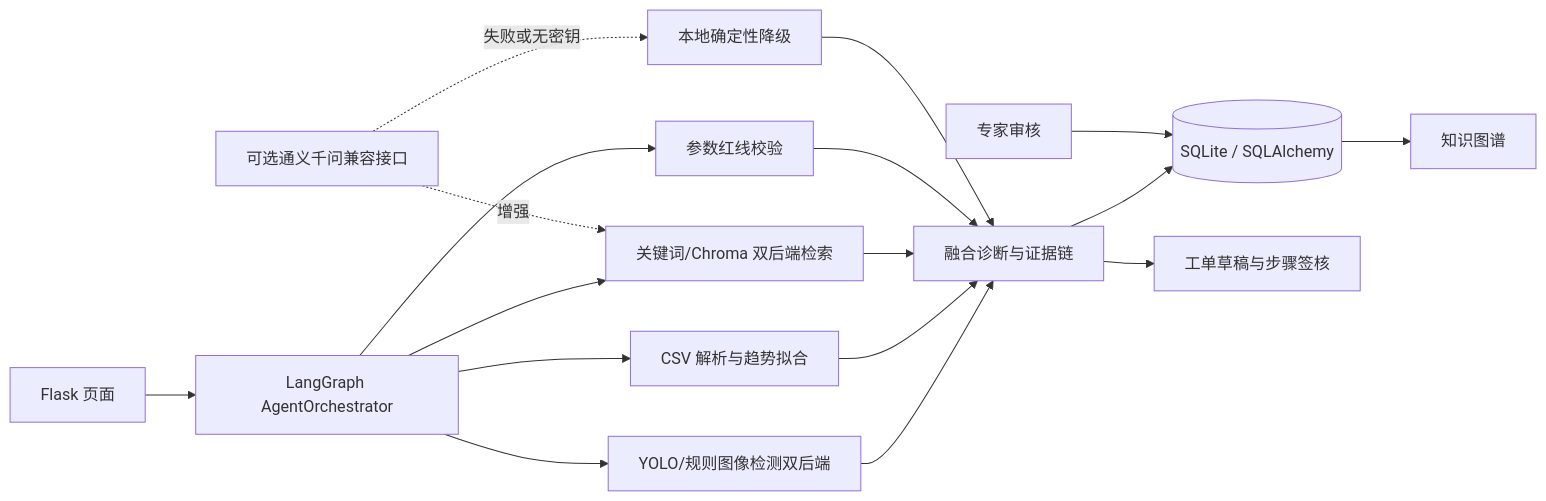
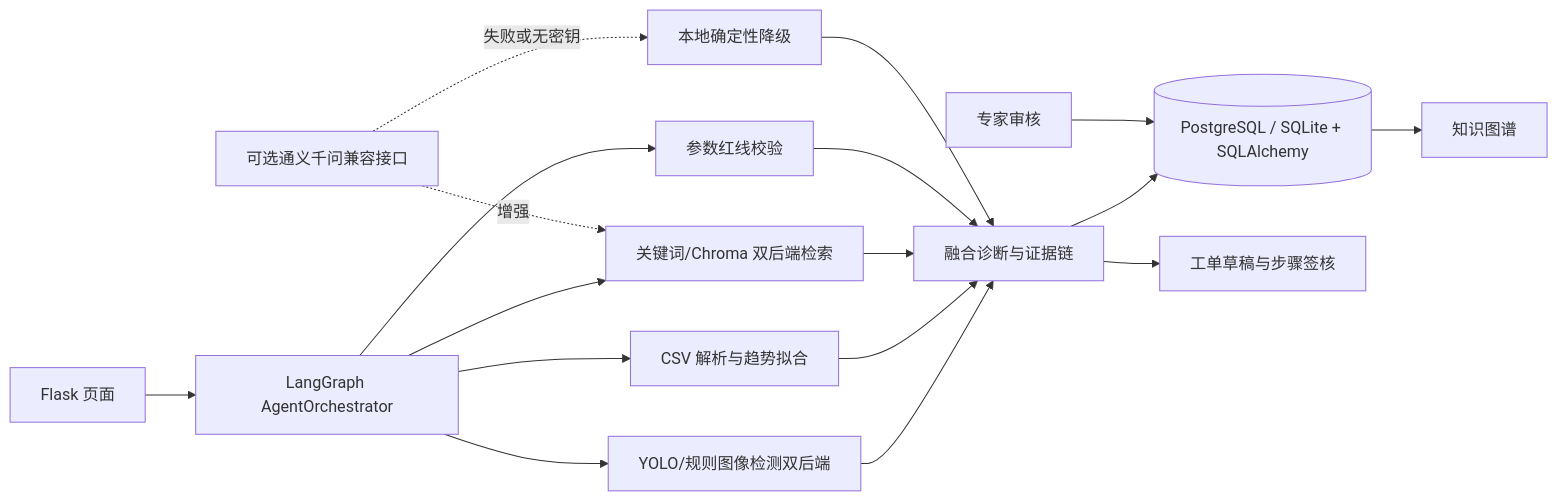
Before and after one commit to zyh-git-tech/zyh: the diagram in docs/architecture.md, drawn with Mermaid. The commit also changed other lines of this file and 10 other files, not shown here.

````diff
--- a/docs/architecture.md
+++ b/docs/architecture.md
@@ -5,19 +5,19 @@
 ```mermaid
 flowchart LR
     UI[Flask 页面] --> Agent[LangGraph AgentOrchestrator]
     Agent --> Image[YOLO/规则图像检测双后端]
     Agent --> Sensor[CSV 解析与趋势拟合]
     Agent --> Retrieve[关键词/Chroma 双后端检索]
     Agent --> Rules[参数红线校验]
     Image --> Fusion[融合诊断与证据链]
     Sensor --> Fusion
     Retrieve --> Fusion
     Rules --> Fusion
-    Fusion --> DB[(SQLite / SQLAlchemy)]
+    Fusion --> DB[(PostgreSQL / SQLite + SQLAlchemy)]
     Fusion --> WorkOrder[工单草稿与步骤签核]
     Audit[专家审核] --> DB
     DB --> Graph[知识图谱]
     LLM[可选通义千问兼容接口] -.增强.-> Retrieve
     LLM -.失败或无密钥.-> Offline[本地确定性降级]
     Offline --> Fusion
 ```
````
